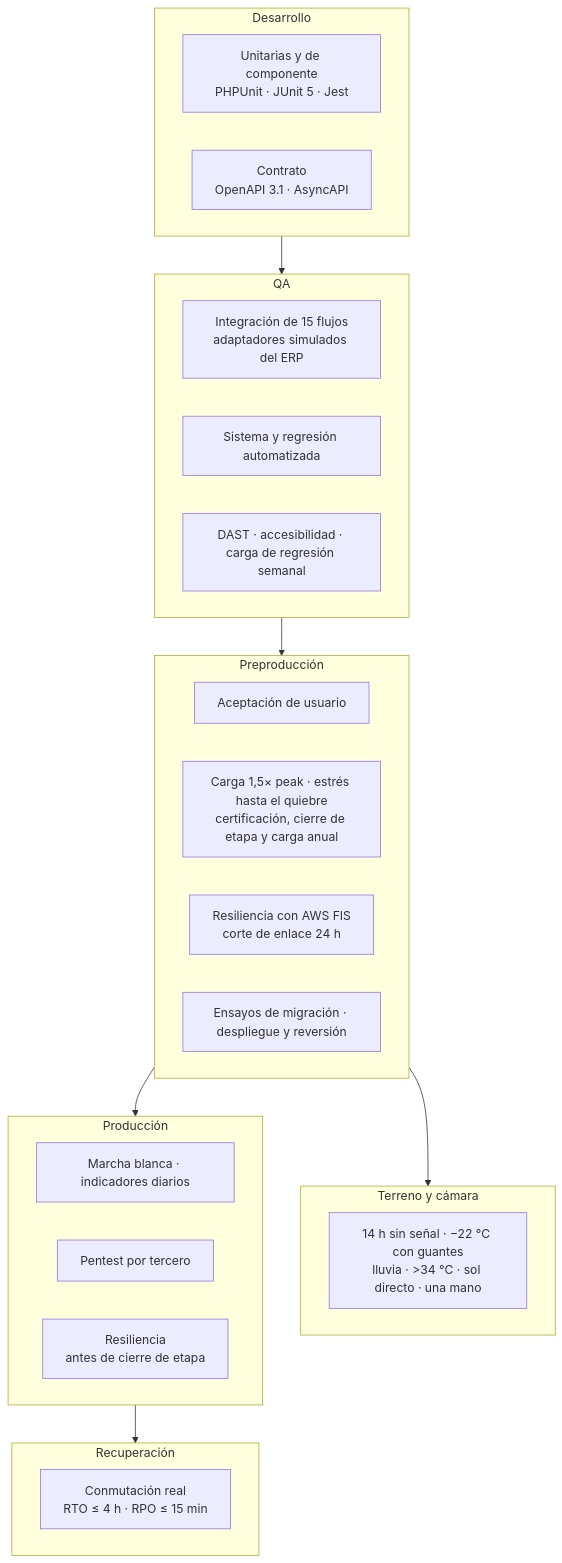
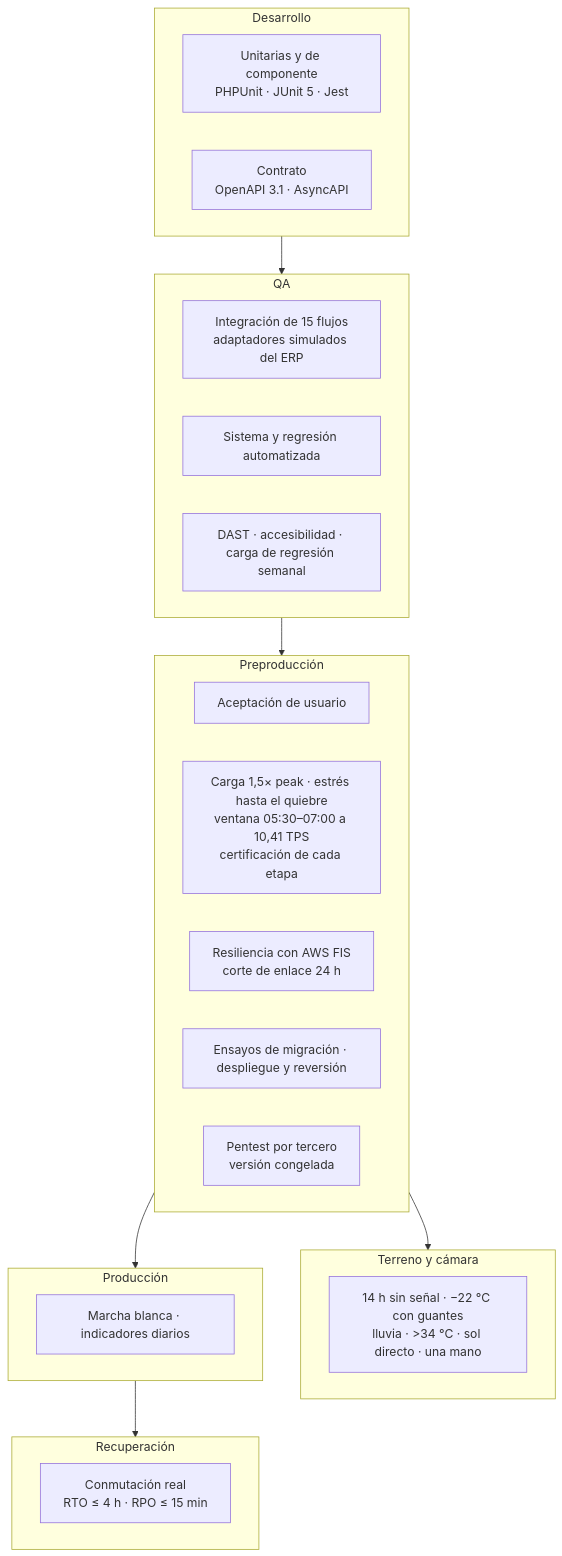
The fourth of 10 diagrams in 09_plan_calidad/LAFROX-Subdocumento9.md (PatricioH315/LafroX), drawn with Mermaid before and after one commit. The commit also changed other lines of this file and 18 other files, not shown here.

````diff
--- a/09_plan_calidad/LAFROX-Subdocumento9.md
+++ b/09_plan_calidad/LAFROX-Subdocumento9.md
@@ -260,32 +257,31 @@
 ```mermaid
 flowchart TB
     subgraph DEV["Desarrollo"]
         D1["Unitarias y de componente<br/>PHPUnit · JUnit 5 · Jest"]
         D2["Contrato<br/>OpenAPI 3.1 · AsyncAPI"]
     end
     subgraph QA["QA"]
         Q1["Integración de 15 flujos<br/>adaptadores simulados del ERP"]
         Q2["Sistema y regresión automatizada"]
         Q3["DAST · accesibilidad · carga de regresión semanal"]
     end
     subgraph PRE["Preproducción"]
         P1["Aceptación de usuario"]
-        P2["Carga 1,5× peak · estrés hasta el quiebre<br/>certificación, cierre de etapa y carga anual"]
+        P2["Carga 1,5× peak · estrés hasta el quiebre<br/>ventana 05:30–07:00 a 10,41 TPS<br/>certificación de cada etapa"]
         P3["Resiliencia con AWS FIS<br/>corte de enlace 24 h"]
         P4["Ensayos de migración · despliegue y reversión"]
+        P5["Pentest por tercero<br/>versión congelada"]
     end
     subgraph TER["Terreno y cámara"]
         T1["14 h sin señal · −22 °C con guantes<br/>lluvia · >34 °C · sol directo · una mano"]
     end
     subgraph PROD["Producción"]
         R1["Marcha blanca · indicadores diarios"]
-        R2["Pentest por tercero"]
-        R3["Resiliencia<br/>antes de cierre de etapa"]
     end
     subgraph DR["Recuperación"]
         X1["Conmutación real<br/>RTO ≤ 4 h · RPO ≤ 15 min"]
     end
     DEV --> QA --> PRE --> PROD
     PRE --> TER
     PROD --> DR
 ```
````
